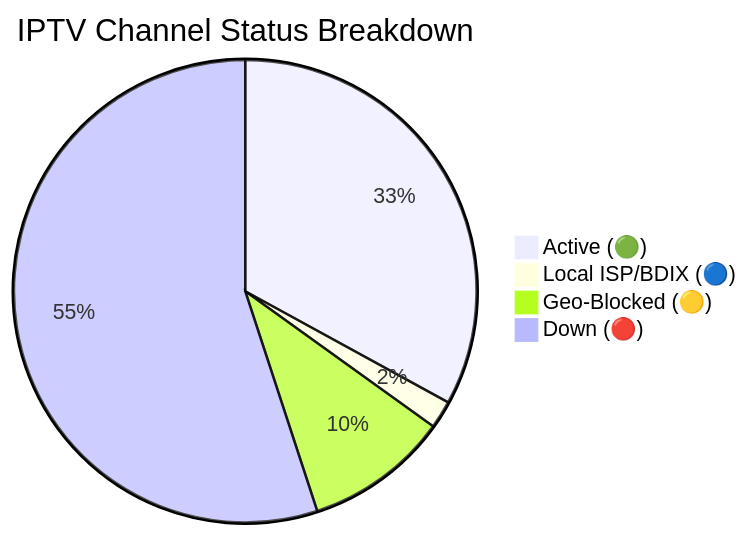
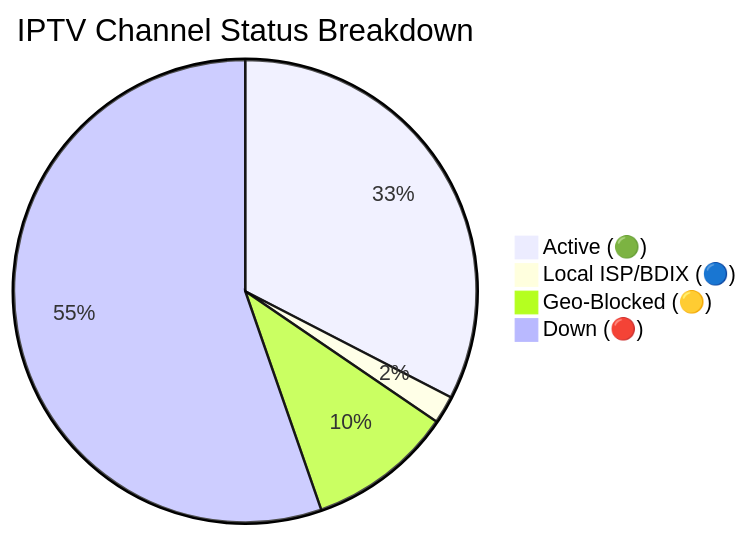
Before and after one commit to andreataylord/Ip-tv-Collection: the diagram in README.md, drawn with Mermaid. The commit also changed other lines of this file and 1 other file, not shown here.

Commit message:
docs(readme): auto-update daily channel status chart

````diff
--- a/README.md
+++ b/README.md
@@ -59,7 +59,7 @@
 ```mermaid
 pie title IPTV Channel Status Breakdown
-    "Active (🟢)" : 2170
+    "Active (🟢)" : 2144
     "Local ISP/BDIX (🔵)" : 128
-    "Geo-Blocked (🟡)" : 661
-    "Down (🔴)" : 3622
+    "Geo-Blocked (🟡)" : 668
+    "Down (🔴)" : 3641
 ```
````
